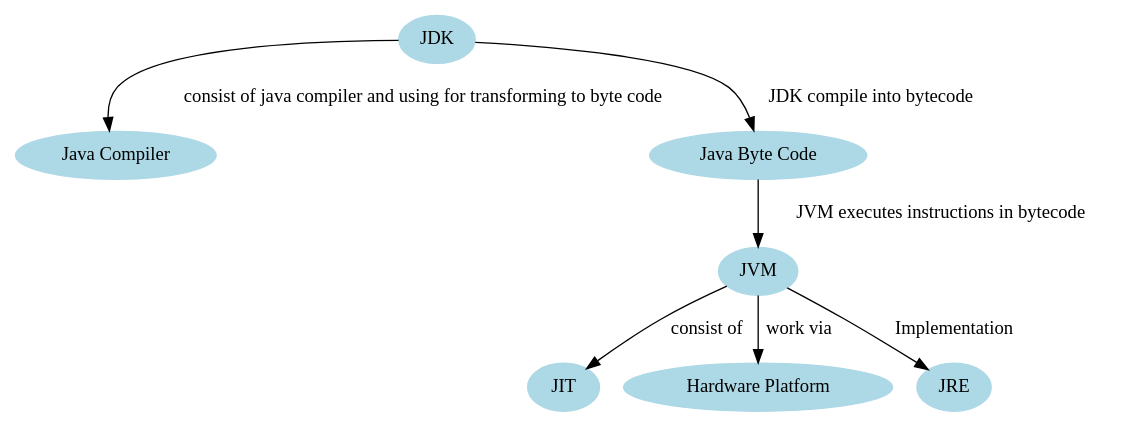
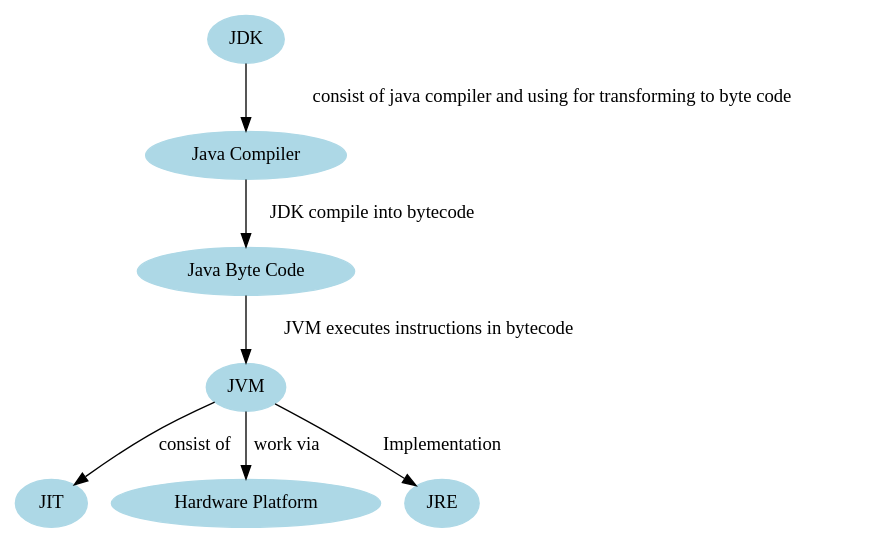
Before and after one commit to Broscorp-net/traineeship: the diagram in module1/src/main/java/net/broscorp/patform/platform.gv, drawn with Graphviz.

Commit message:
task platform change scheme

```diff
--- a/module1/src/main/java/net/broscorp/patform/platform.gv
+++ b/module1/src/main/java/net/broscorp/patform/platform.gv
@@ -1,15 +1,15 @@
 
 digraph java_platform {
     node [style=filled,color=lightblue]
     "JDK" -> "Java Compiler"[label="consist of java compiler and using for transforming to byte code"]
 
-    "JDK" -> "Java Byte Code"[label="JDK compile into bytecode"]
+    "Java Compiler" -> "Java Byte Code"[label="JDK compile into bytecode"]
 
     "Java Byte Code" -> "JVM"[label="JVM executes instructions in bytecode"]
 
     "JVM" -> "JIT"[label="consist of"]
 
     "JVM" -> "Hardware Platform"[label="work via"]
 
     "JVM" -> "JRE"[label="Implementation"]
 }
```
